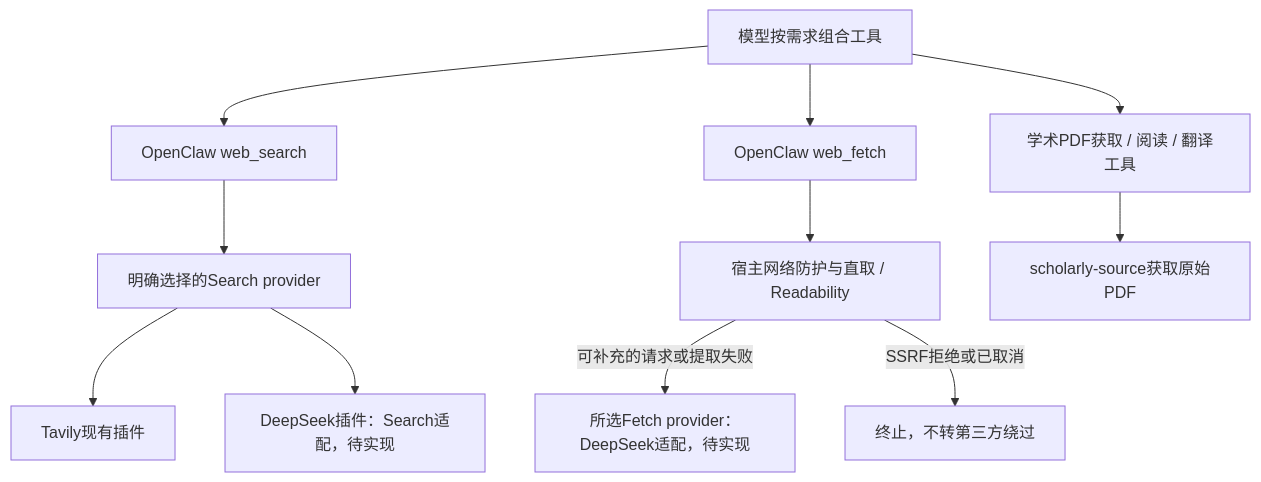
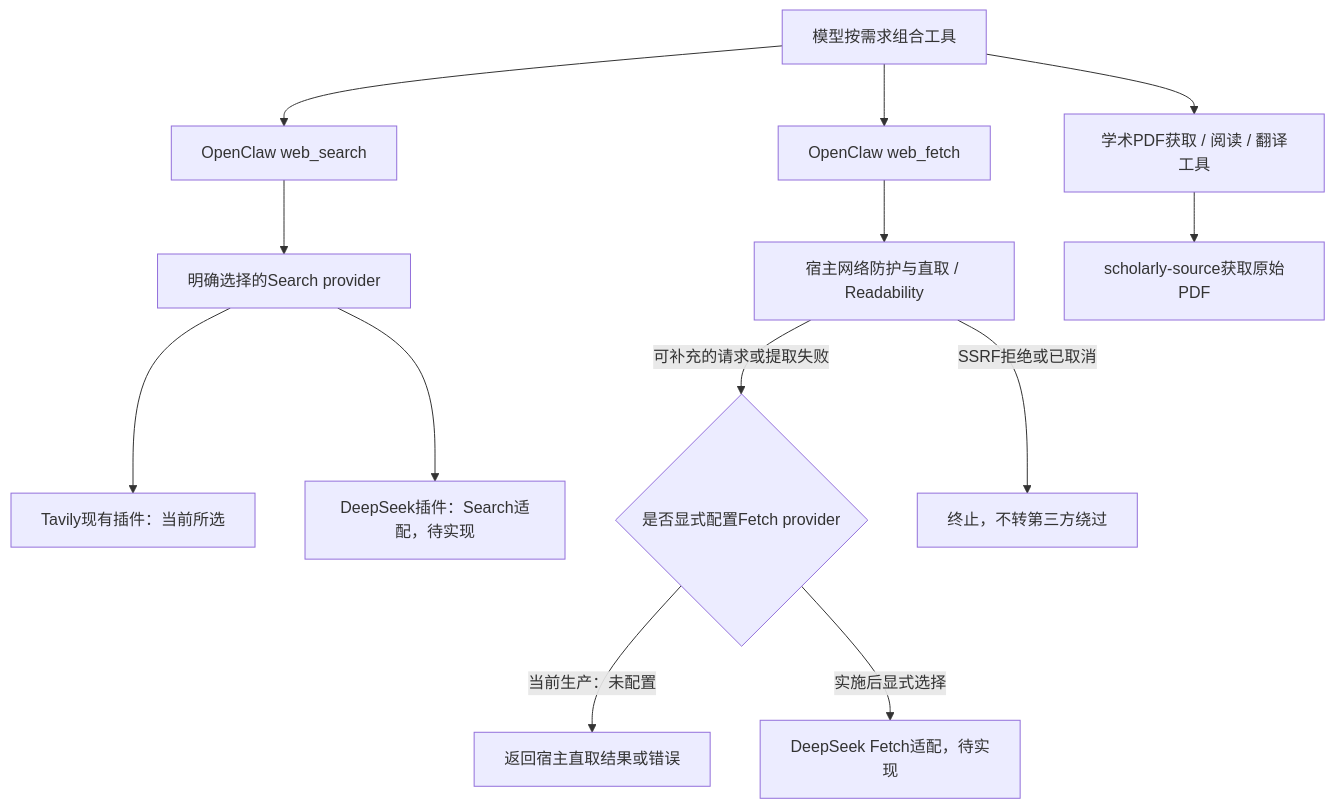
Before and after one commit to zsh-afrangry/MyBot: the diagram in docs/26_基础能力插件边界整理与检索接入设计.md, drawn with Mermaid. The commit also changed other lines of this file and 6 other files, not shown here.

First line of the commit message:
docs: close C8-C11 architecture and evidence wording lag

````diff
--- a/docs/26_基础能力插件边界整理与检索接入设计.md
+++ b/docs/26_基础能力插件边界整理与检索接入设计.md
@@ -24,13 +24,15 @@
 ```mermaid
 flowchart TD
   M[模型按需求组合工具] --> S[OpenClaw web_search]
   M --> F[OpenClaw web_fetch]
   S --> SP[明确选择的Search provider]
-  SP --> T[Tavily现有插件]
+  SP --> T[Tavily现有插件：当前所选]
   SP --> DS[DeepSeek插件：Search适配，待实现]
   F --> H[宿主网络防护与直取 / Readability]
-  H -->|可补充的请求或提取失败| DF[所选Fetch provider：DeepSeek适配，待实现]
+  H -->|可补充的请求或提取失败| FP{是否显式配置Fetch provider}
+  FP -->|当前生产：未配置| E[返回宿主直取结果或错误]
+  FP -->|实施后显式选择| DF[DeepSeek Fetch适配，待实现]
   H -->|SSRF拒绝或已取消| X[终止，不转第三方绕过]
   M --> P[学术PDF获取 / 阅读 / 翻译工具]
   P --> PDF[scholarly-source获取原始PDF]
 ```
````
